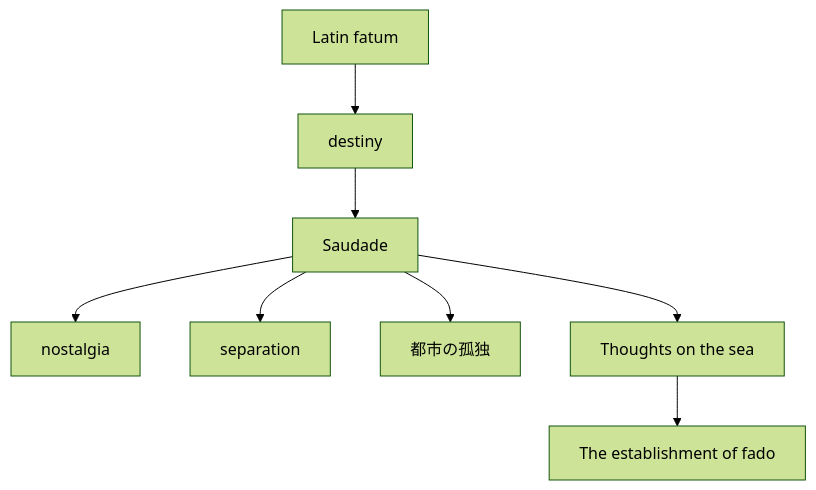
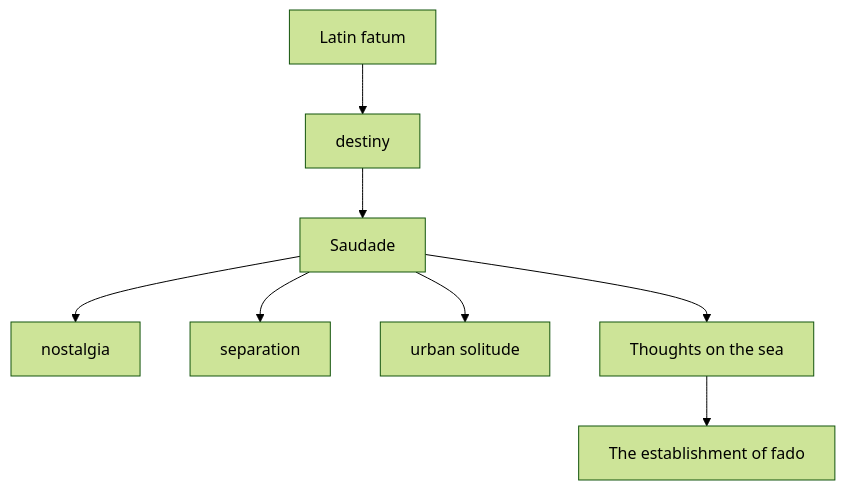
Before and after one commit to monumental-movement/monumental-movement.github.io: the first of 12 diagrams in en/_posts/2026-05-16-column-fado.md, drawn with Mermaid (forest theme). The commit also changed other lines of this file and 445 other files, not shown here.

```diff
--- a/en/_posts/2026-05-16-column-fado.md
+++ b/en/_posts/2026-05-16-column-fado.md
@@ -58,10 +58,10 @@
 <div class="mermaid">
 graph TD
 A[Latin fatum] --> B[destiny]
 B --> C[Saudade]
 C --> D[nostalgia]
 C --> E[separation]
-C --> F[都市の孤独]
+C --> F[urban solitude]
 C --> G[Thoughts on the sea]
 G --> H[The establishment of fado]
 </div>
```
